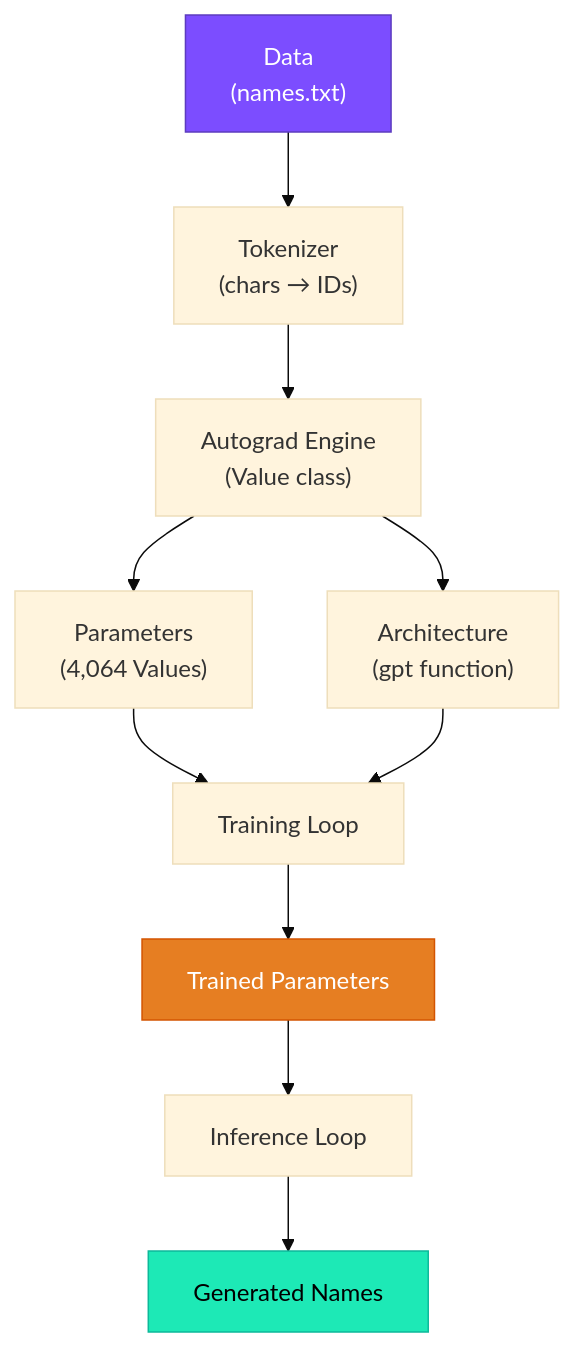
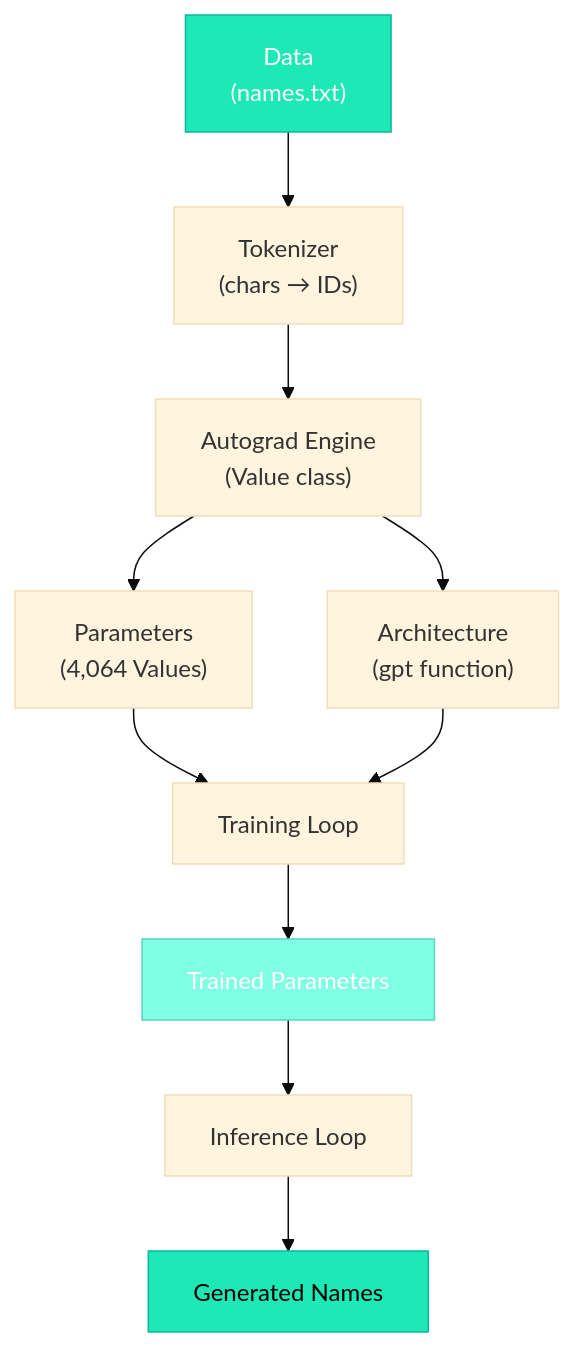
The diagram in docs/05-inference/02-the-complete-picture.md (iamkhalid2/microgpt-course), drawn with Mermaid (base theme) before and after one commit. The commit also changed 23 other files, not shown here.

````diff
--- a/docs/05-inference/02-the-complete-picture.md
+++ b/docs/05-inference/02-the-complete-picture.md
@@ -61,16 +61,16 @@
 ```mermaid
 flowchart TD
     DATA["Data\n(names.txt)"] --> TOK["Tokenizer\n(chars → IDs)"]
     TOK --> AG["Autograd Engine\n(Value class)"]
     AG --> PARAMS["Parameters\n(4,064 Values)"]
     AG --> ARCH["Architecture\n(gpt function)"]
     PARAMS --> TRAIN["Training Loop"]
     ARCH --> TRAIN
     TRAIN --> TRAINED["Trained Parameters"]
     TRAINED --> INF["Inference Loop"]
     INF --> NAMES["Generated Names"]
 
-    style DATA fill:#7c4dff,stroke:#5c3cbf,color:#fff
-    style TRAINED fill:#e67e22,stroke:#d35400,color:#fff
+    style DATA fill:#1de9b6,stroke:#0db99a,color:#fff
+    style TRAINED fill:#80ffe5,stroke:#5cd4bc,color:#fff
     style NAMES fill:#1de9b6,stroke:#0db99a,color:#000
 ```
````
